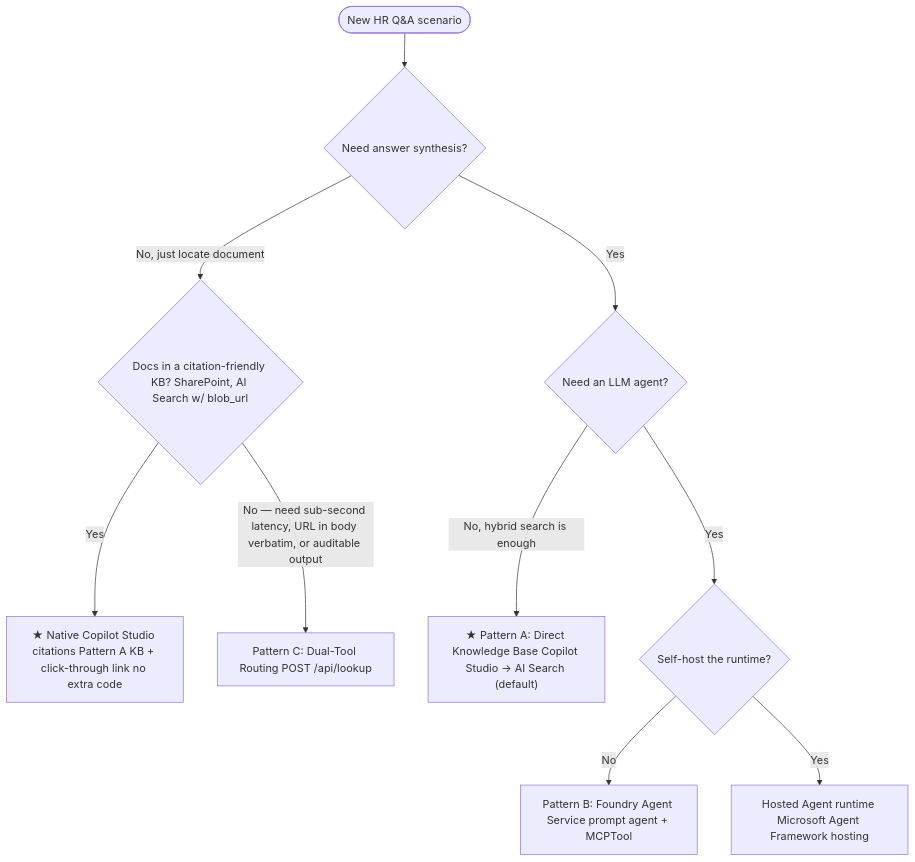
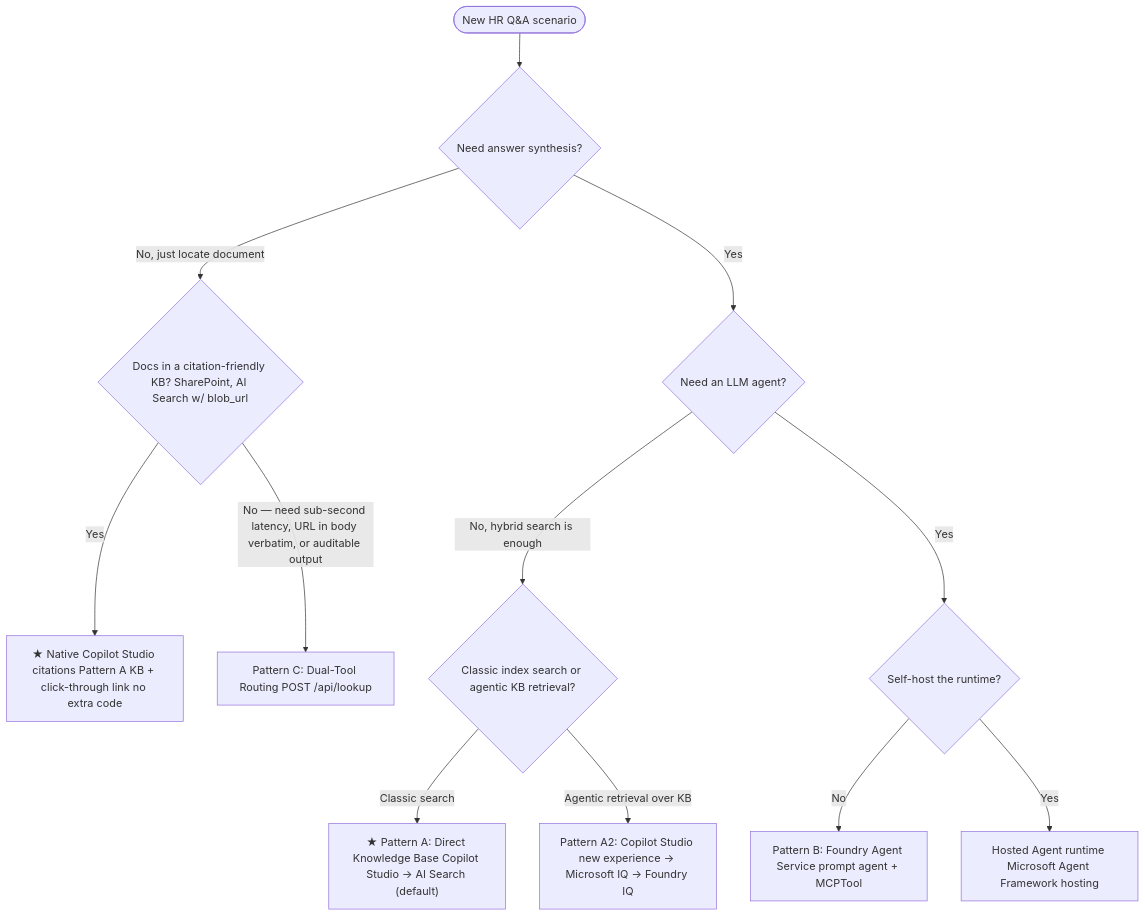
Before and after one commit to honestypugh2/foundry-copilot-hr-policy-knowledge: the diagram in README.md, drawn with Mermaid. The commit also changed other lines of this file and 26 other files, not shown here.

First line of the commit message:
Align model naming and clarify pattern/search-mode story across code and docs

````diff
--- a/README.md
+++ b/README.md
@@ -27,12 +33,14 @@
 ```mermaid
 flowchart TD
-    Start([New HR Q&A scenario]) --> Q1{Need answer synthesis?}
+    Start([ New HR Q&A scenario]) --> Q1{Need answer synthesis?}
     Q1 -- No, just locate document --> QL{Docs in a citation-friendly KB? SharePoint, AI Search w/ blob_url}
     QL -- Yes --> Native["★ Native Copilot Studio citations Pattern A KB + click-through link no extra code"]
     QL -- "No — need sub-second latency, URL in body verbatim, or auditable output" --> C[Pattern C: Dual-Tool Routing POST /api/lookup]
     Q1 -- Yes --> Q2{Need an LLM agent?}
-    Q2 -- "No, hybrid search is enough" --> A["★ Pattern A: Direct Knowledge Base Copilot Studio → AI Search (default)"]
+    Q2 -- "No, hybrid search is enough" --> QK{Classic index search or agentic KB retrieval?}
+    QK -- Classic search --> A["★ Pattern A: Direct Knowledge Base Copilot Studio → AI Search (default)"]
+    QK -- Agentic retrieval over KB --> A2["Pattern A2: Copilot Studio new experience → Microsoft IQ → Foundry IQ"]
     Q2 -- Yes --> Q3{Self-host the runtime?}
     Q3 -- No --> B[Pattern B: Foundry Agent Service prompt agent + MCPTool]
     Q3 -- Yes --> H[Hosted Agent runtime Microsoft Agent Framework hosting]
 ```
````
